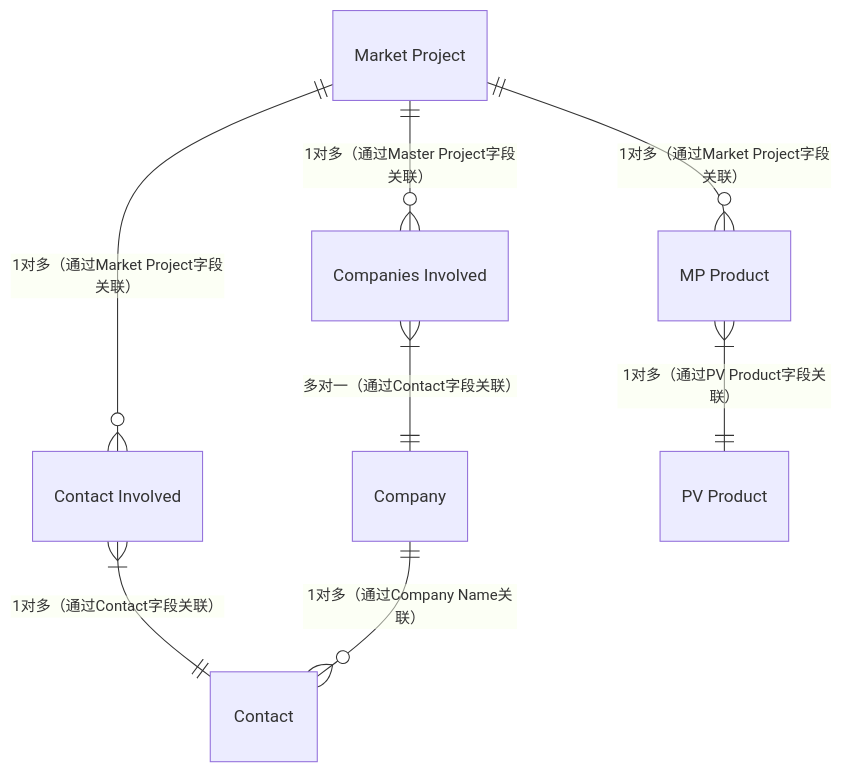
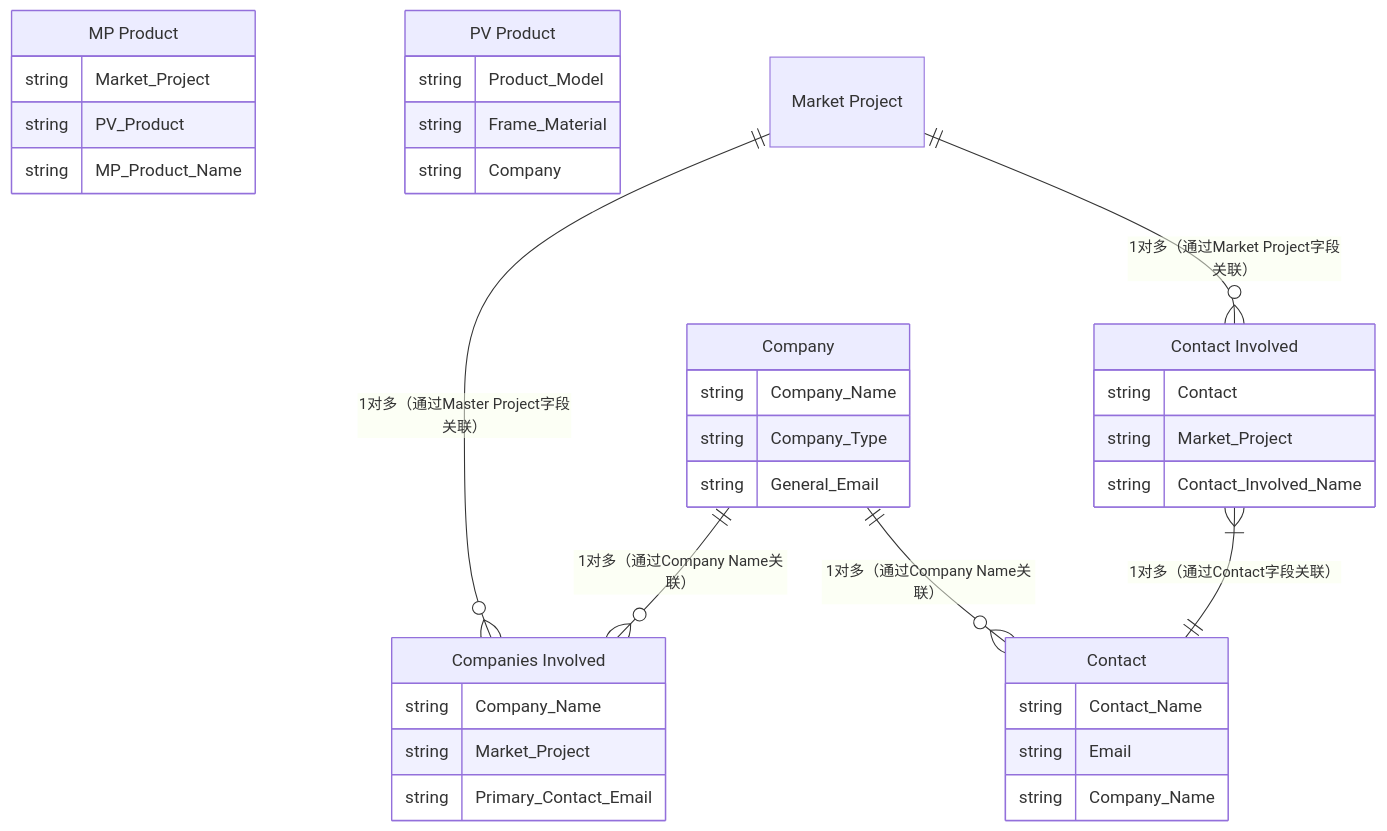
Before and after one commit to zhangziru-33/iodraw-files: the diagram in all/Norden数据E-R图(7个对象，+contact).md, drawn with Mermaid.

Commit message:
2025-12-04 14:53:01 update

````diff
--- a/all/Norden数据E-R图(7个对象，+contact).md
+++ b/all/Norden数据E-R图(7个对象，+contact).md
@@ -1,19 +1,48 @@
 ```mermaid
 erDiagram
+%% -- 中间关联层最后声明，放在右侧/底部
+    "Companies Involved" {
+        string Company_Name
+        string Market_Project
+        string Primary_Contact_Email
+    }
+    "Contact Involved" {
+        string Contact
+        string Market_Project
+        string Contact_Involved_Name
+    }
+    "MP Product" {
+        string Market_Project
+        string PV_Product
+        string MP_Product_Name
+    }
+    %% -- 核心主实体优先声明，放在左侧/顶部
+    Company {
+        string Company_Name
+        string Company_Type
+        string General_Email
+    }
+   
+    %% -- 关联实体次之，围绕主实体排布
+    Contact {
+        string Contact_Name
+        string Email
+        string Company_Name
+    }
+    "PV Product" {
+        string Product_Model
+        string Frame_Material
+        string Company
+    }
+
     
+    Company ||--o{ "Companies Involved" : "1对多（通过Company Name关联）"
     %% Company ||--o{ "PV Product" : "1对多（通过Company字段关联）"
-    
+    Company ||--o{ "Contact" : "1对多（通过Company Name关联）"
+    "Market Project" ||--o{ "Companies Involved" : "1对多（通过Master Project字段关联）"
     "Market Project" ||--o{ "Contact Involved" : "1对多（通过Market Project字段关联）"
+    %% "Market Project" ||--o{ "MP Product" : "1对多（通过Market Project字段关联）"
+    %% "MP Product" }|--|| "PV Product" : "多对1（通过产品参数关联，如Frame Material）"
     "Contact Involved" }|--|| "Contact" : "1对多（通过Contact字段关联）"
     %% Contact ||--o{ "Conatct Involved" : "1对多（通过Conatct字段关联）"
-    Company ||--o{ "Contact" : "1对多（通过Company Name关联）"
-    %% Company ||--o{ "Companies Involved" : "1对多（通过Company Name关联）"
-    "Companies Involved" }|--|| "Company" : "多对一（通过Contact字段关联）"
-    "Market Project" ||--o{ "Companies Involved" : "1对多（通过Master Project字段关联）"
-    
-
-    "Market Project" ||--o{ "MP Product" : "1对多（通过Market Project字段关联）"
-    "MP Product" }|--|| "PV Product" : "1对多（通过PV Product字段关联）"
-   
-    
 ```
````
